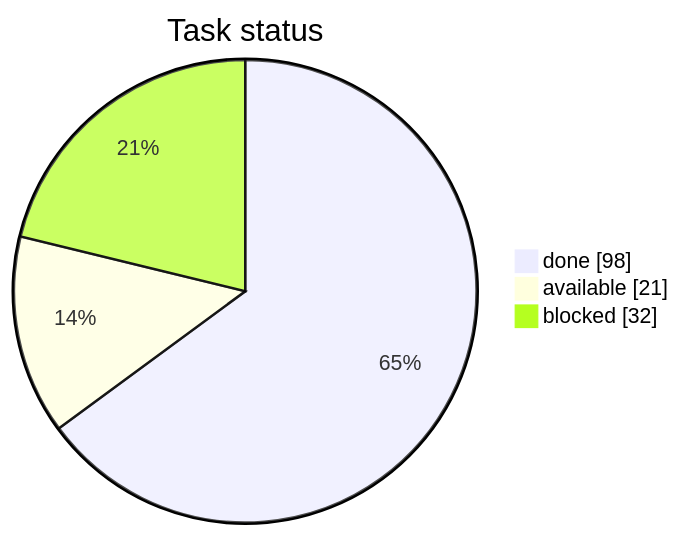
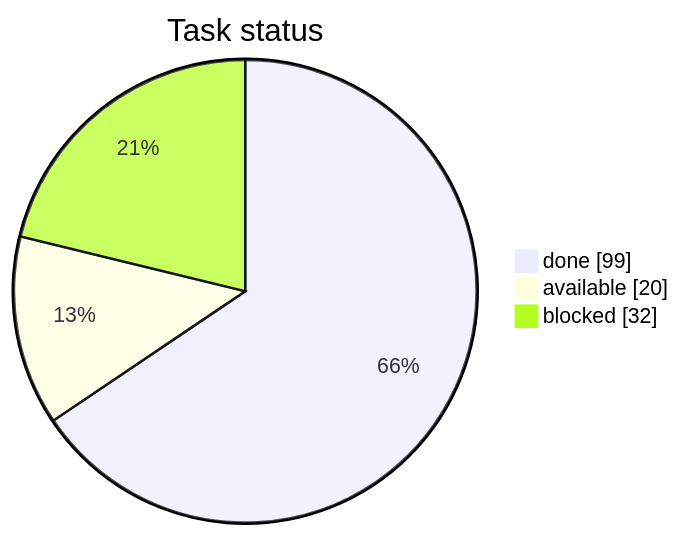
One commit to artemiiShabanov/RallyRivals changed the first of 3 diagrams in STATUS.md. Above: the diagram before and after it, drawn with Mermaid. The commit also changed other lines of this file and 8 other files, not shown here.

````diff
--- a/STATUS.md
+++ b/STATUS.md
@@ -7,7 +7,7 @@
 ```mermaid
 pie showData
     title Task status
-    "done" : 98
-    "available" : 21
+    "done" : 99
+    "available" : 20
     "blocked" : 32
 ```
````
